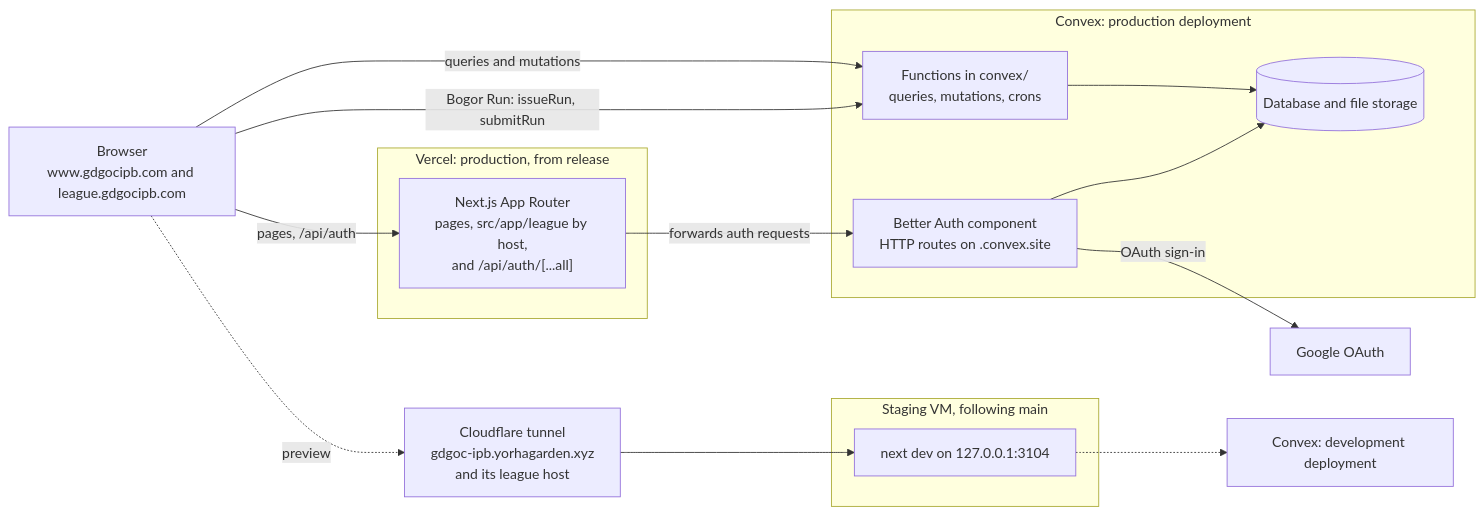
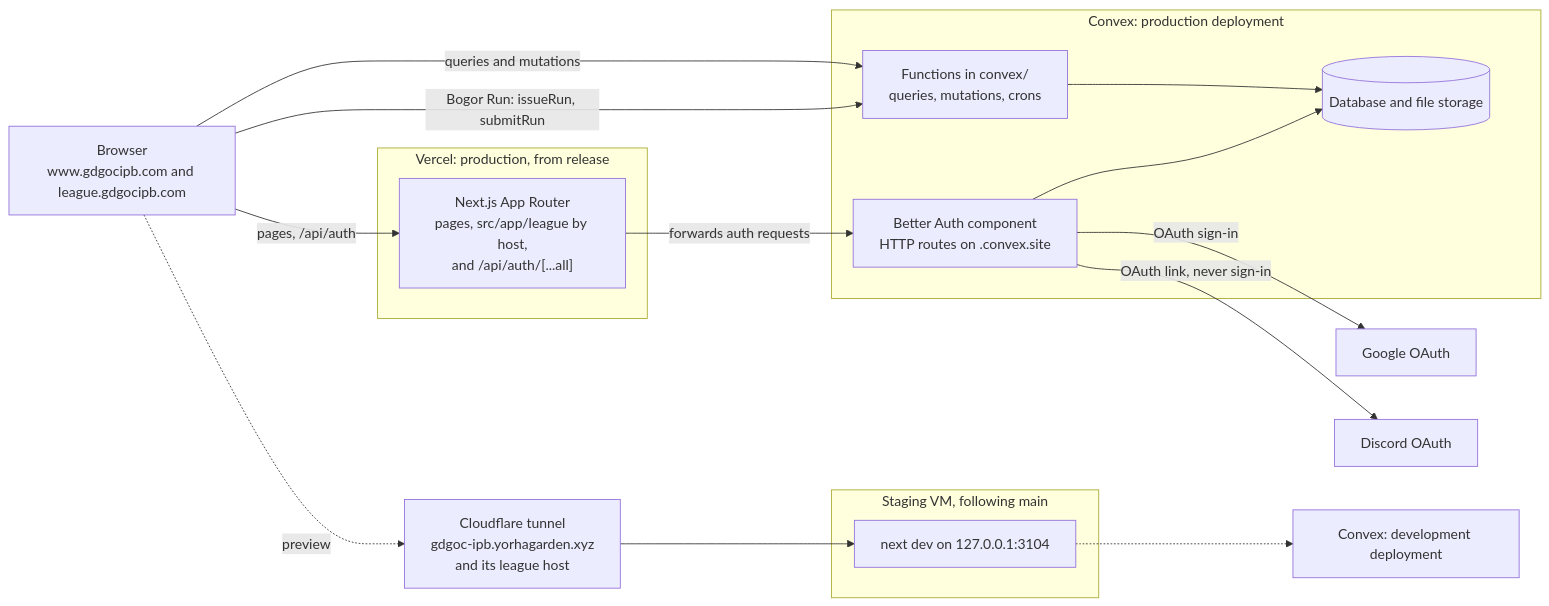
Before and after one commit to gdgoc-ipb-university/gdgoc-web: the diagram in docs/ARCHITECTURE.md, drawn with Mermaid. The commit also changed other lines of this file and 14 other files, not shown here.

First line of the commit message:
feat(discord): link Discord through Better Auth, never sign in with it (#242) (#255)

````diff
--- a/docs/ARCHITECTURE.md
+++ b/docs/ARCHITECTURE.md
@@ -5,31 +5,33 @@
 ```mermaid
 flowchart LR
   browser["Browser<br/>www.gdgocipb.com and league.gdgocipb.com"]
   google["Google OAuth"]
+  discord["Discord OAuth"]
 
   subgraph vercel["Vercel: production, from release"]
     next["Next.js App Router<br/>pages, src/app/league by host,<br/>and /api/auth/[...all]"]
   end
 
   subgraph convex["Convex: production deployment"]
     fns["Functions in convex/<br/>queries, mutations, crons"]
     auth["Better Auth component<br/>HTTP routes on .convex.site"]
     db[("Database and file storage")]
   end
 
   subgraph staging["Staging VM, following main"]
     dev["next dev on 127.0.0.1:3104"]
   end
   tunnel["Cloudflare tunnel<br/>gdgoc-ipb.yorhagarden.xyz<br/>and its league host"]
   convexdev["Convex: development deployment"]
 
   browser -- "pages, /api/auth" --> next
   next -- "forwards auth requests" --> auth
   auth -- "OAuth sign-in" --> google
+  auth -- "OAuth link, never sign-in" --> discord
   browser -- "queries and mutations" --> fns
   browser -- "Bogor Run: issueRun, submitRun" --> fns
   fns --> db
   auth --> db
   browser -. "preview" .-> tunnel --> dev
   dev -.-> convexdev
 ```
````
